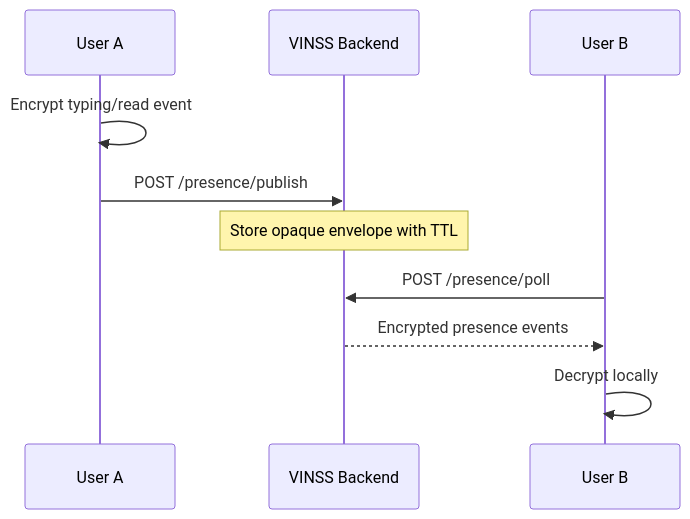
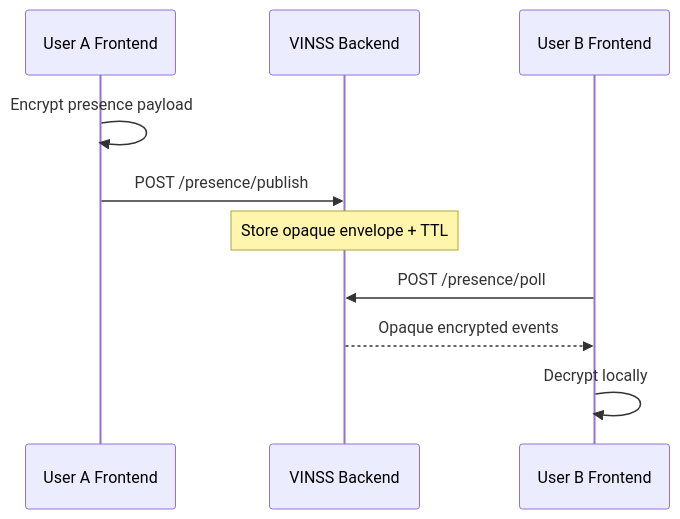
One commit to DXJLabs/vinss changed the second of 2 diagrams in docs/technical/backend/backend-interaction-flow.md. Above: the diagram before and after it, drawn with Mermaid. The commit also changed other lines of this file and 15 other files, not shown here.

````diff
--- a/docs/technical/backend/backend-interaction-flow.md
+++ b/docs/technical/backend/backend-interaction-flow.md
@@ -75,14 +81,13 @@
 ```mermaid
 sequenceDiagram
-    participant A as User A
+    participant A as User A Frontend
     participant B as VINSS Backend
-    participant C as User B
+    participant C as User B Frontend
 
-    A->>A: Encrypt typing/read event
+    A->>A: Encrypt presence payload
     A->>B: POST /presence/publish
-    Note over B: Store opaque envelope with TTL
-
+    Note over B: Store opaque envelope + TTL
     C->>B: POST /presence/poll
-    B-->>C: Encrypted presence events
+    B-->>C: Opaque encrypted events
     C->>C: Decrypt locally
 ```
````
